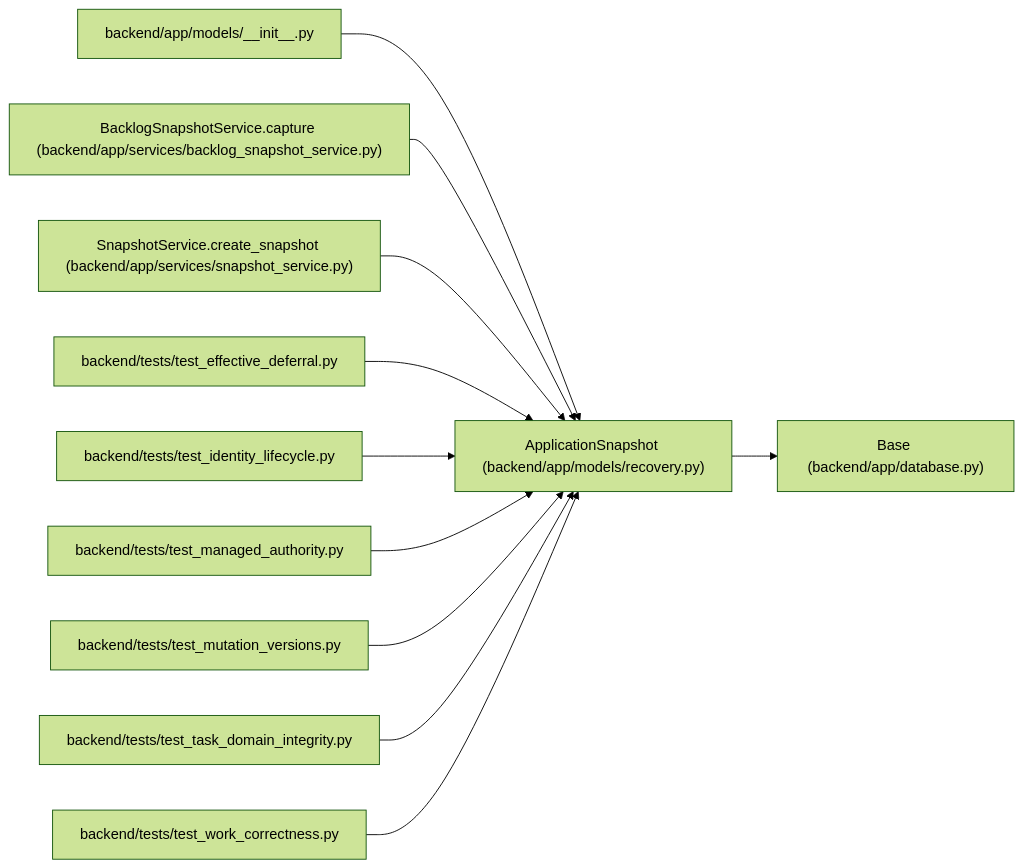
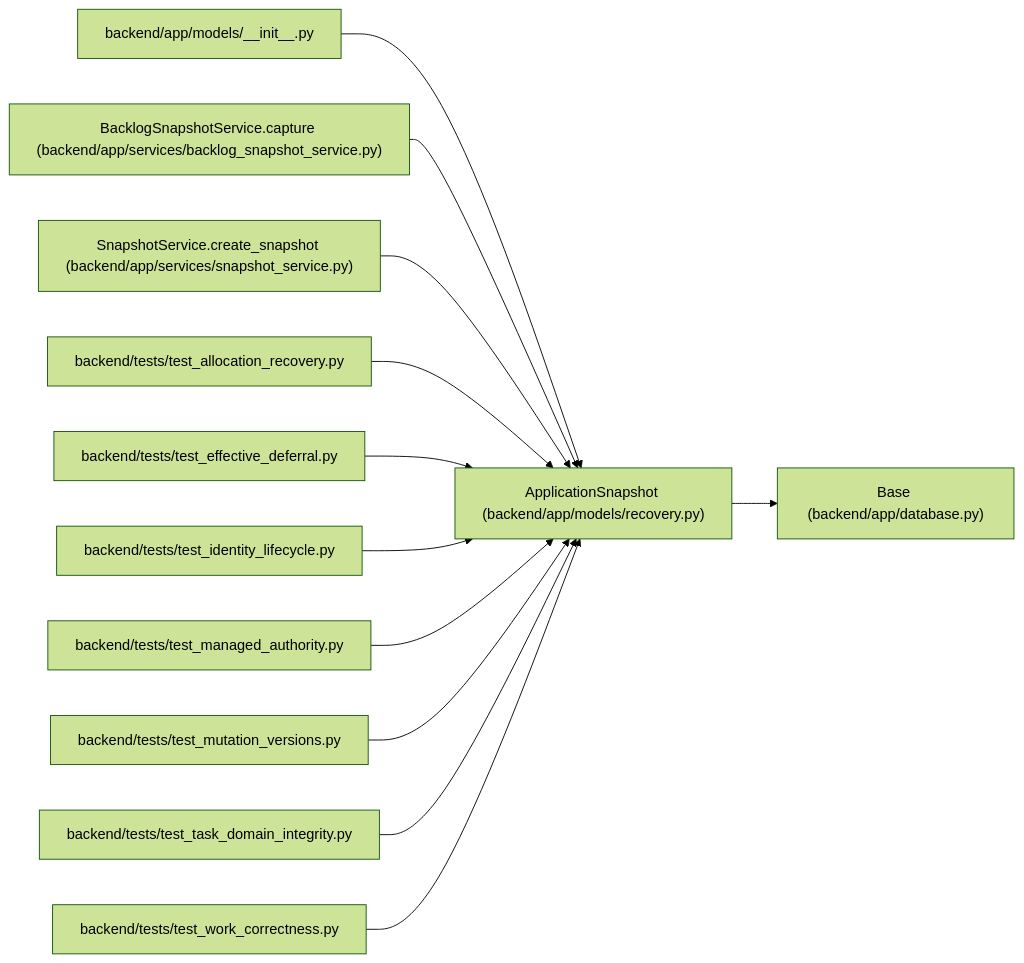
The diagram in docs/llm_wiki/entities/ApplicationSnapshot.md (Denissvgn/WorkChord), drawn with Mermaid (forest theme) before and after one commit. The commit also changed other lines of this file and 291 other files, not shown here.

Commit message:
docs(wiki): explain atomic allocation membership recovery

````diff
--- a/docs/llm_wiki/entities/ApplicationSnapshot.md
+++ b/docs/llm_wiki/entities/ApplicationSnapshot.md
@@ -37,35 +37,38 @@
 ```mermaid
 flowchart LR
     n0["ApplicationSnapshot (backend/app/models/recovery.py)"]
     n1["Base (backend/app/database.py)"]
     n2["backend/app/models/__init__.py"]
     n3["BacklogSnapshotService.capture (backend/app/services/backlog_snapshot_service.py)"]
     n4["SnapshotService.create_snapshot (backend/app/services/snapshot_service.py)"]
-    n5["backend/tests/test_effective_deferral.py"]
-    n6["backend/tests/test_identity_lifecycle.py"]
-    n7["backend/tests/test_managed_authority.py"]
-    n8["backend/tests/test_mutation_versions.py"]
-    n9["backend/tests/test_task_domain_integrity.py"]
-    n10["backend/tests/test_work_correctness.py"]
+    n5["backend/tests/test_allocation_recovery.py"]
+    n6["backend/tests/test_effective_deferral.py"]
+    n7["backend/tests/test_identity_lifecycle.py"]
+    n8["backend/tests/test_managed_authority.py"]
+    n9["backend/tests/test_mutation_versions.py"]
+    n10["backend/tests/test_task_domain_integrity.py"]
+    n11["backend/tests/test_work_correctness.py"]
     n0 --> n1
     n2 --> n0
     n3 --> n0
     n4 --> n0
     n5 --> n0
     n6 --> n0
     n7 --> n0
     n8 --> n0
     n9 --> n0
     n10 --> n0
+    n11 --> n0
     click n0 "../modules/recovery.md"
     click n1 "../modules/app_database.md"
     click n2 "../modules/models___init__.md"
     click n3 "../modules/backlog_snapshot_service.md"
     click n4 "../modules/snapshot_service.md"
-    click n5 "../modules/test_effective_deferral.md"
-    click n6 "../modules/test_identity_lifecycle.md"
-    click n7 "../modules/test_managed_authority.md"
-    click n8 "../modules/test_mutation_versions.md"
-    click n9 "../modules/test_task_domain_integrity.md"
-    click n10 "../modules/test_work_correctness.md"
+    click n5 "../modules/test_allocation_recovery.md"
+    click n6 "../modules/test_effective_deferral.md"
+    click n7 "../modules/test_identity_lifecycle.md"
+    click n8 "../modules/test_managed_authority.md"
+    click n9 "../modules/test_mutation_versions.md"
+    click n10 "../modules/test_task_domain_integrity.md"
+    click n11 "../modules/test_work_correctness.md"
 ```
````
